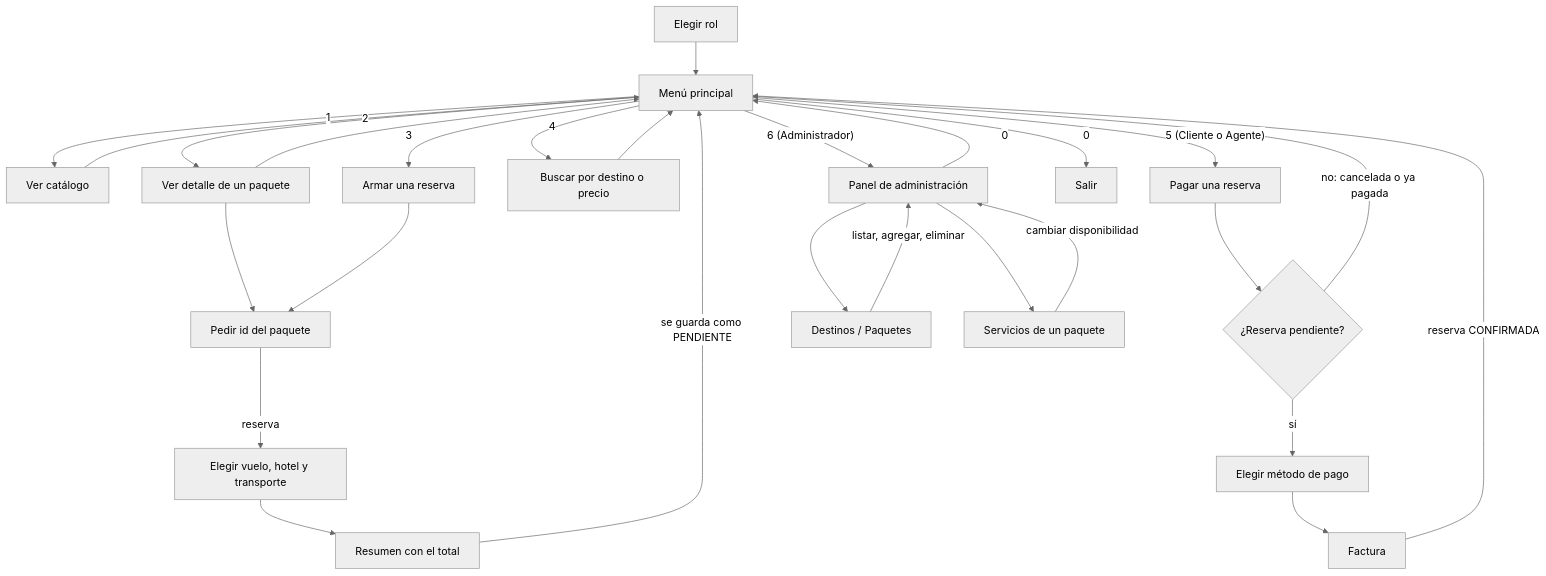
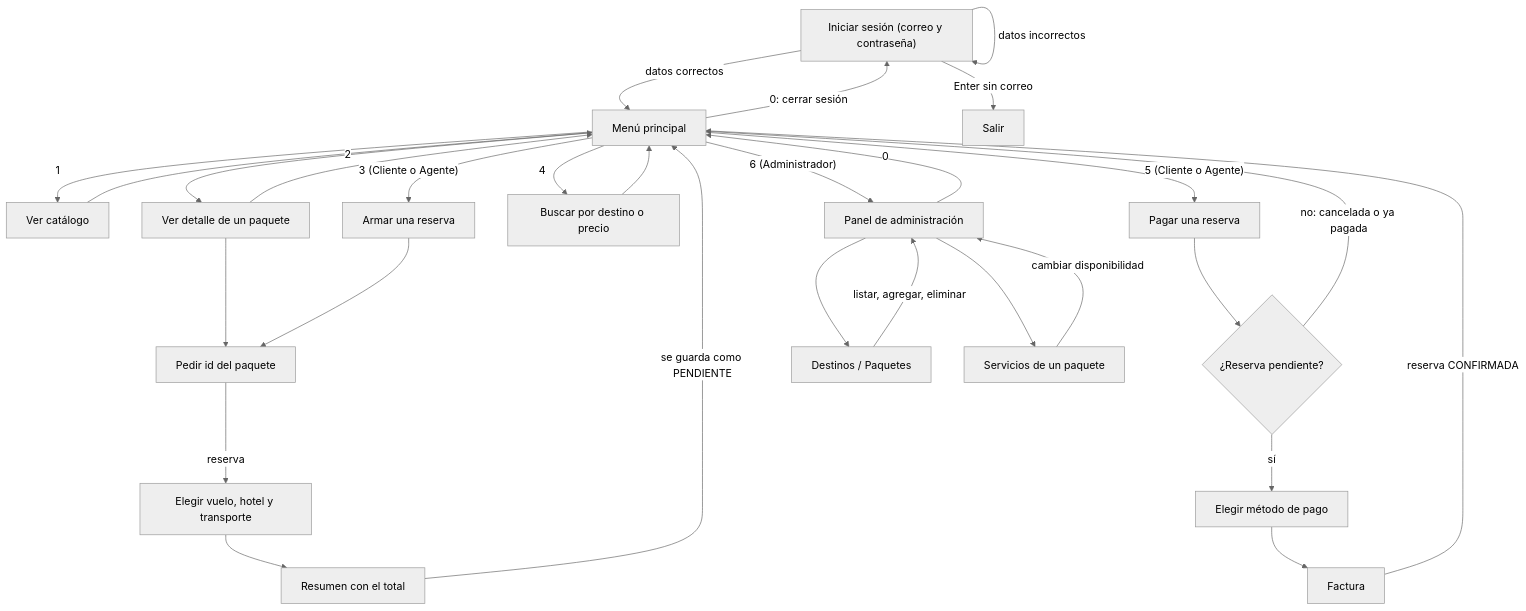
Before and after one commit to sierrajuan2005/travelgo: the second of 2 diagrams in docs/Diagramas/Wireframes.md, drawn with Mermaid (neutral theme). The commit also changed other lines of this file, not shown here.

Commit message:
docs(frontend): actualizar wireframes con el login de la consola

````diff
--- a/docs/Diagramas/Wireframes.md
+++ b/docs/Diagramas/Wireframes.md
@@ -139,29 +139,32 @@
 ```mermaid
 flowchart TD
-    Rol["Elegir rol"] --> Menu["Menú principal"]
+    Login["Iniciar sesión (correo y contraseña)"] -->|"datos correctos"| Menu["Menú principal"]
+    Login -->|"datos incorrectos"| Login
+    Login -->|"Enter sin correo"| Salir
     Menu -->|"1"| Catalogo["Ver catálogo"]
     Menu -->|"2"| Detalle["Ver detalle de un paquete"]
-    Menu -->|"3"| Reserva["Armar una reserva"]
+    Menu -->|"3 (Cliente o Agente)"| Reserva["Armar una reserva"]
     Menu -->|"4"| Buscar["Buscar por destino o precio"]
     Menu -->|"5 (Cliente o Agente)"| Pago["Pagar una reserva"]
     Menu -->|"6 (Administrador)"| Admin["Panel de administración"]
     Buscar --> Menu
-    Menu -->|"0"| Salir["Salir"]
+    Menu -->|"0: cerrar sesión"| Login
+    Salir["Salir"]
     Detalle --> Id["Pedir id del paquete"]
     Reserva --> Id
     Id -->|"reserva"| Servicios["Elegir vuelo, hotel y transporte"]
     Servicios --> Resumen["Resumen con el total"]
     Resumen -->|"se guarda como PENDIENTE"| Menu
     Pago --> Valida{"¿Reserva pendiente?"}
     Valida -->|"no: cancelada o ya pagada"| Menu
     Valida -->|"sí"| Metodo["Elegir método de pago"]
     Metodo --> Factura["Factura"]
     Factura -->|"reserva CONFIRMADA"| Menu
     Admin --> Gestion["Destinos / Paquetes"]
     Gestion -->|"listar, agregar, eliminar"| Admin
     Admin --> ServiciosAdmin["Servicios de un paquete"]
     ServiciosAdmin -->|"cambiar disponibilidad"| Admin
     Admin -->|"0"| Menu
     Catalogo --> Menu
     Detalle --> Menu
 ```
````
